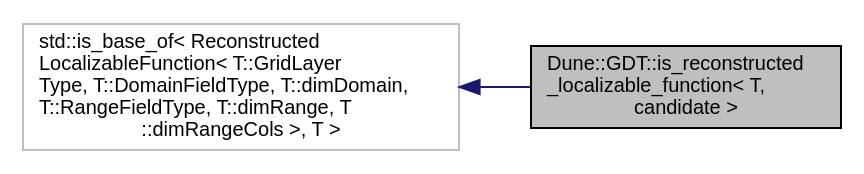
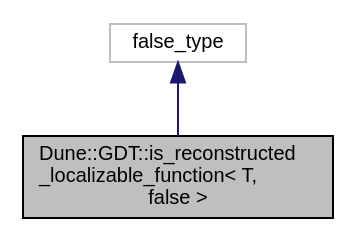
One commit to dune-community/dune-community.github.io changed the diagram in docs/dune-gdt/master/a03248.dot. Above: the diagram before and after it, drawn with Graphviz. The commit also changed 1984 other files, not shown here.

Commit message:
Updated documentation for dune-gdt master

```diff
--- a/docs/dune-gdt/master/a03248.dot
+++ b/docs/dune-gdt/master/a03248.dot
@@ -1,9 +1,8 @@
-digraph "Dune::GDT::is_reconstructed_localizable_function&lt; T, candidate &gt;"
+digraph "Dune::GDT::is_reconstructed_localizable_function&lt; T, false &gt;"
 {
   edge [fontname="Helvetica",fontsize="10",labelfontname="Helvetica",labelfontsize="10"];
   node [fontname="Helvetica",fontsize="10",shape=record];
-  rankdir="LR";
-  Node0 [label="Dune::GDT::is_reconstructed\l_localizable_function\< T,\l candidate \>",height=0.2,width=0.4,color="black", fillcolor="grey75", style="filled", fontcolor="black"];
+  Node0 [label="Dune::GDT::is_reconstructed\l_localizable_function\< T,\l false \>",height=0.2,width=0.4,color="black", fillcolor="grey75", style="filled", fontcolor="black"];
   Node1 -> Node0 [dir="back",color="midnightblue",fontsize="10",style="solid",fontname="Helvetica"];
-  Node1 [label="std::is_base_of\< Reconstructed\lLocalizableFunction\< T::GridLayer\lType, T::DomainFieldType, T::dimDomain,\l T::RangeFieldType, T::dimRange, T\l::dimRangeCols \>, T \>",height=0.2,width=0.4,color="grey75", fillcolor="white", style="filled"];
+  Node1 [label="false_type",height=0.2,width=0.4,color="grey75", fillcolor="white", style="filled"];
 }
```
